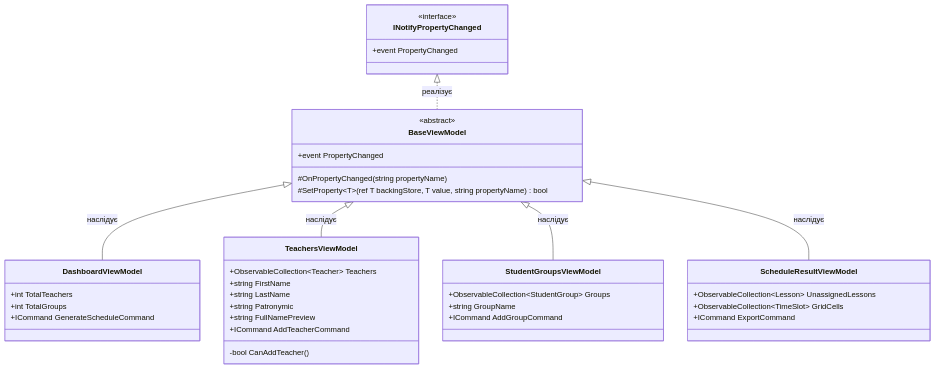
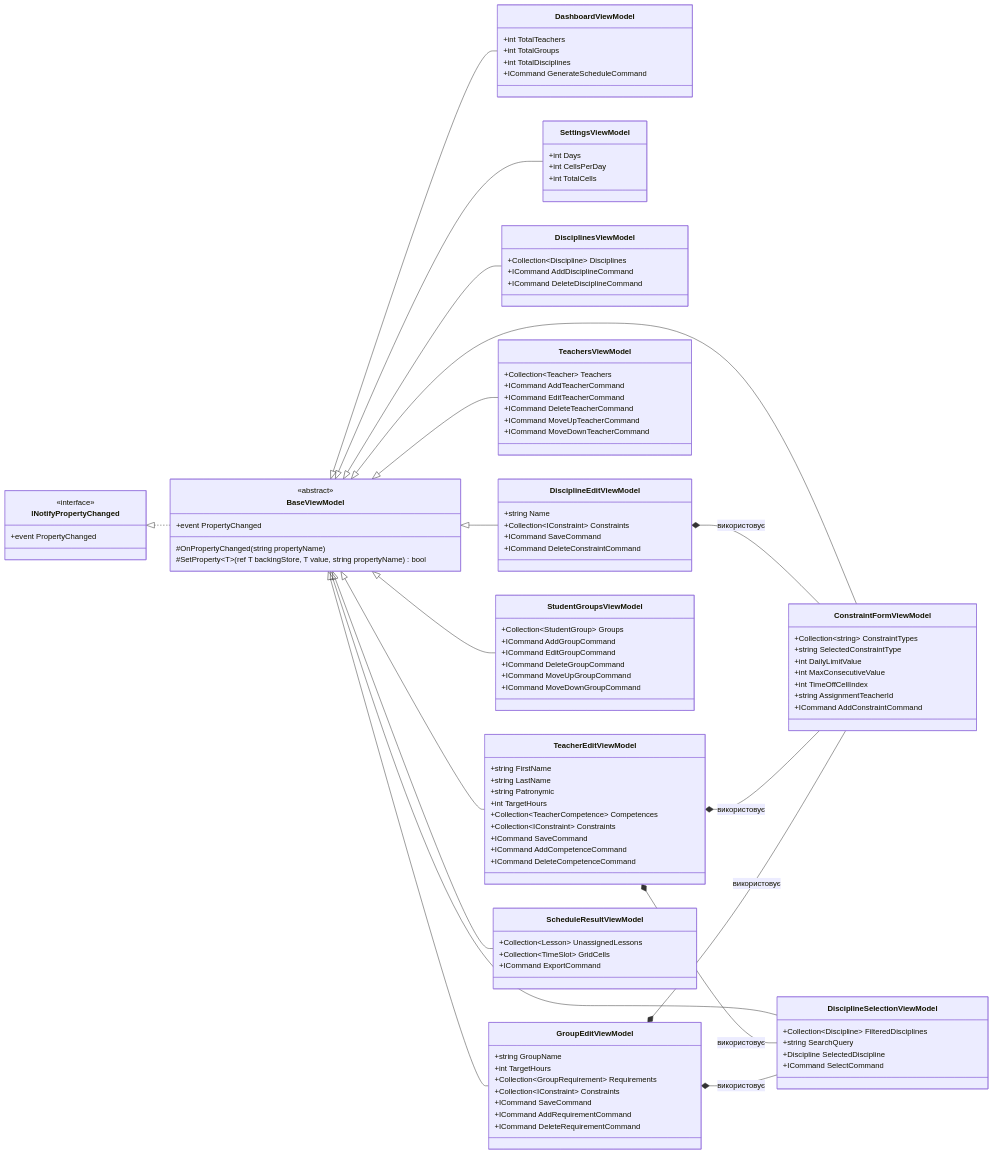
One commit to WDYT32/Lab1MAUI changed the fourth of 4 diagrams in README.md. Above: the diagram before and after it, drawn with Mermaid. The commit also changed other lines of this file and 48 other files, not shown here.

Commit message:
App View and base logic

````diff
--- a/README.md
+++ b/README.md
@@ -245,6 +236,6 @@
 ```mermaid
 classDiagram
-    direction TB
+    direction LR
     
     class INotifyPropertyChanged {
         <<interface>>
@@ -261,34 +252,112 @@
     class DashboardViewModel {
         +int TotalTeachers
         +int TotalGroups
+        +int TotalDisciplines
         +ICommand GenerateScheduleCommand
+    }
+    
+    class SettingsViewModel {
+        +int Days
+        +int CellsPerDay
+        +int TotalCells
+    }
+    
+    class DisciplinesViewModel {
+        +Collection~Discipline~ Disciplines
+        +ICommand AddDisciplineCommand
+        +ICommand DeleteDisciplineCommand
+    }
+    
+    class DisciplineEditViewModel {
+        +string Name
+        +Collection~IConstraint~ Constraints
+        +ICommand SaveCommand
+        +ICommand DeleteConstraintCommand
     }
 
     class TeachersViewModel {
-        +ObservableCollection~Teacher~ Teachers
+        +Collection~Teacher~ Teachers
+        +ICommand AddTeacherCommand
+        +ICommand EditTeacherCommand
+        +ICommand DeleteTeacherCommand
+        +ICommand MoveUpTeacherCommand
+        +ICommand MoveDownTeacherCommand
+    }
+    
+    class TeacherEditViewModel {
         +string FirstName
         +string LastName
         +string Patronymic
-        +string FullNamePreview
-        +ICommand AddTeacherCommand
-        -bool CanAddTeacher()
+        +int TargetHours
+        +Collection~TeacherCompetence~ Competences
+        +Collection~IConstraint~ Constraints
+        +ICommand SaveCommand
+        +ICommand AddCompetenceCommand
+        +ICommand DeleteCompetenceCommand
     }
 
     class StudentGroupsViewModel {
-        +ObservableCollection~StudentGroup~ Groups
+        +Collection~StudentGroup~ Groups
+        +ICommand AddGroupCommand
+        +ICommand EditGroupCommand
+        +ICommand DeleteGroupCommand
+        +ICommand MoveUpGroupCommand
+        +ICommand MoveDownGroupCommand
+    }
+    
+    class GroupEditViewModel {
         +string GroupName
-        +ICommand AddGroupCommand
+        +int TargetHours
+        +Collection~GroupRequirement~ Requirements
+        +Collection~IConstraint~ Constraints
+        +ICommand SaveCommand
+        +ICommand AddRequirementCommand
+        +ICommand DeleteRequirementCommand
+    }
+
+    class ConstraintFormViewModel {
+        +Collection~string~ ConstraintTypes
+        +string SelectedConstraintType
+        +int DailyLimitValue
+        +int MaxConsecutiveValue
+        +int TimeOffCellIndex
+        +string AssignmentTeacherId
+        +ICommand AddConstraintCommand
+    }
+
+    class DisciplineSelectionViewModel {
+        +Collection~Discipline~ FilteredDisciplines
+        +string SearchQuery
+        +Discipline SelectedDiscipline
+        +ICommand SelectCommand
     }
 
     class ScheduleResultViewModel {
-        +ObservableCollection~Lesson~ UnassignedLessons
-        +ObservableCollection~TimeSlot~ GridCells
+        +Collection~Lesson~ UnassignedLessons
+        +Collection~TimeSlot~ GridCells
         +ICommand ExportCommand
     }
 
-    INotifyPropertyChanged <|.. BaseViewModel : реалізує
-    BaseViewModel <|-- DashboardViewModel : наслідує
-    BaseViewModel <|-- TeachersViewModel : наслідує
-    BaseViewModel <|-- StudentGroupsViewModel : наслідує
-    BaseViewModel <|-- ScheduleResultViewModel : наслідує
+    %% Наслідування від BaseViewModel
+    INotifyPropertyChanged <|.. BaseViewModel
+    BaseViewModel <|-- DashboardViewModel
+    BaseViewModel <|-- SettingsViewModel
+    BaseViewModel <|-- DisciplinesViewModel
+    BaseViewModel <|-- DisciplineEditViewModel
+    BaseViewModel <|-- TeachersViewModel
+    BaseViewModel <|-- TeacherEditViewModel
+    BaseViewModel <|-- StudentGroupsViewModel
+    BaseViewModel <|-- GroupEditViewModel
+    BaseViewModel <|-- ScheduleResultViewModel
+    BaseViewModel <|-- ConstraintFormViewModel
+    BaseViewModel <|-- DisciplineSelectionViewModel
+
+    %% Композиція та використання компонентів (дочірні ViewModels)
+    DisciplineEditViewModel *-- ConstraintFormViewModel : використовує
+    
+    TeacherEditViewModel *-- ConstraintFormViewModel : використовує
+    TeacherEditViewModel *-- DisciplineSelectionViewModel : використовує
+    
+    GroupEditViewModel *-- ConstraintFormViewModel : використовує
+    GroupEditViewModel *-- DisciplineSelectionViewModel : використовує
 ```
````
